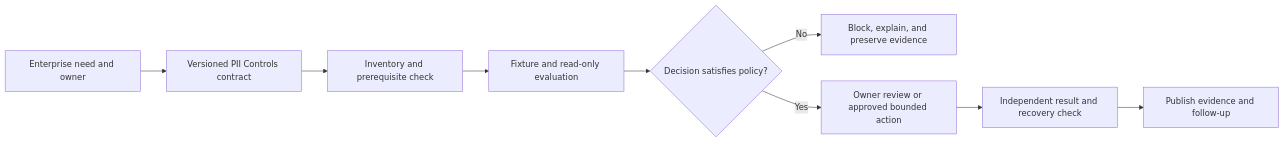
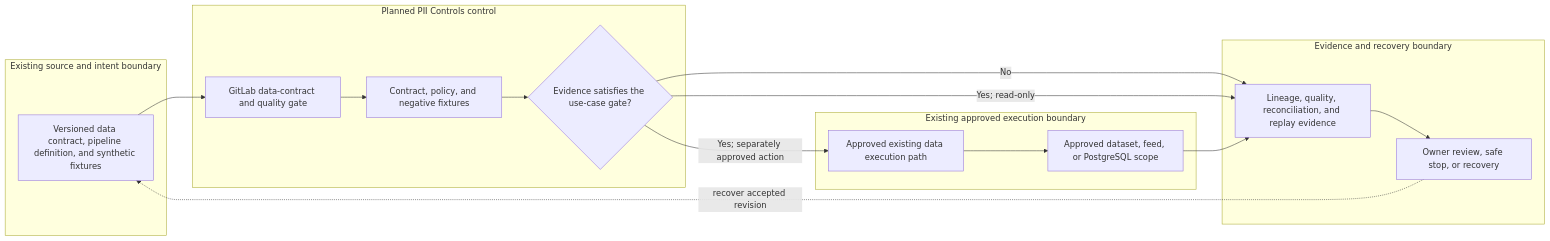
Before and after one commit to MIDHTECH/enterprise-architecture-docs: the diagram in docs/use-cases/data/UC-DATA-016-pii-controls.md, drawn with Mermaid. The commit also changed other lines of this file and 227 other files, not shown here.

Commit message:
Deepen architecture for all use case designs

````diff
--- a/docs/use-cases/data/UC-DATA-016-pii-controls.md
+++ b/docs/use-cases/data/UC-DATA-016-pii-controls.md
@@ -136,11 +129,25 @@
 ```mermaid
 flowchart LR
-    Need["Enterprise need and owner"] --> Contract["Versioned PII Controls contract"]
-    Contract --> Preflight["Inventory and prerequisite check"]
-    Preflight --> Evaluate["Fixture and read-only evaluation"]
-    Evaluate --> Decision{"Decision satisfies policy?"}
-    Decision -->|No| Stop["Block, explain, and preserve evidence"]
-    Decision -->|Yes| Review["Owner review or approved bounded action"]
-    Review --> Verify["Independent result and recovery check"]
-    Verify --> Publish["Publish evidence and follow-up"]
+    subgraph Source["Existing source and intent boundary"]
+        A["Versioned data contract, pipeline definition, and synthetic fixtures"]
+    end
+    subgraph Planned["Planned PII Controls control"]
+        B["GitLab data-contract and quality gate"]
+        C["Contract, policy, and negative fixtures"]
+        D{"Evidence satisfies the use-case gate?"}
+    end
+    subgraph Runtime["Existing approved execution boundary"]
+        E["Approved existing data execution path"]
+        F["Approved dataset, feed, or PostgreSQL scope"]
+    end
+    subgraph Assurance["Evidence and recovery boundary"]
+        G["Lineage, quality, reconciliation, and replay evidence"]
+        H["Owner review, safe stop, or recovery"]
+    end
+
+    A --> B --> C --> D
+    D -->|No| G --> H
+    D -->|Yes; read-only| G
+    D -->|Yes; separately approved action| E --> F --> G
+    H -. recover accepted revision .-> A
 ```
````
